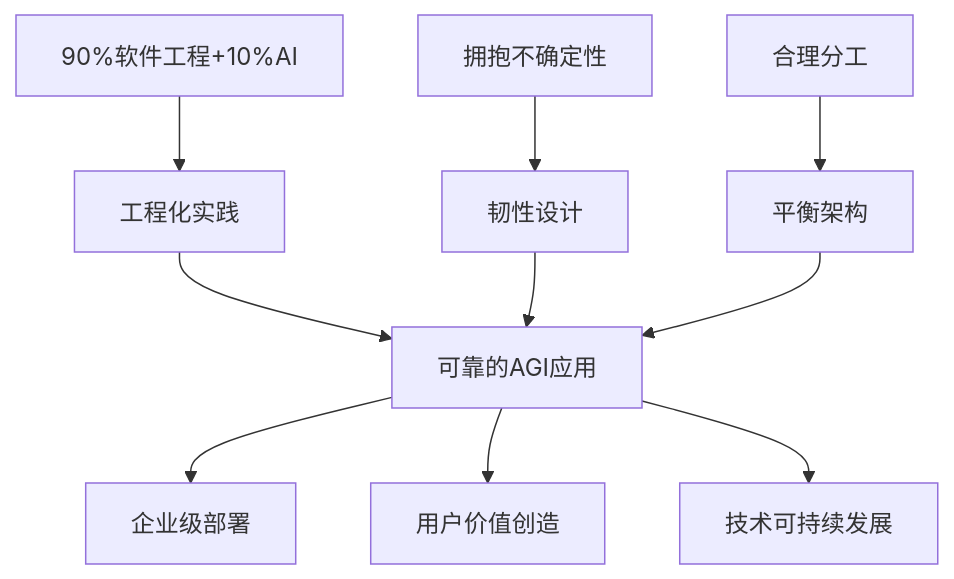
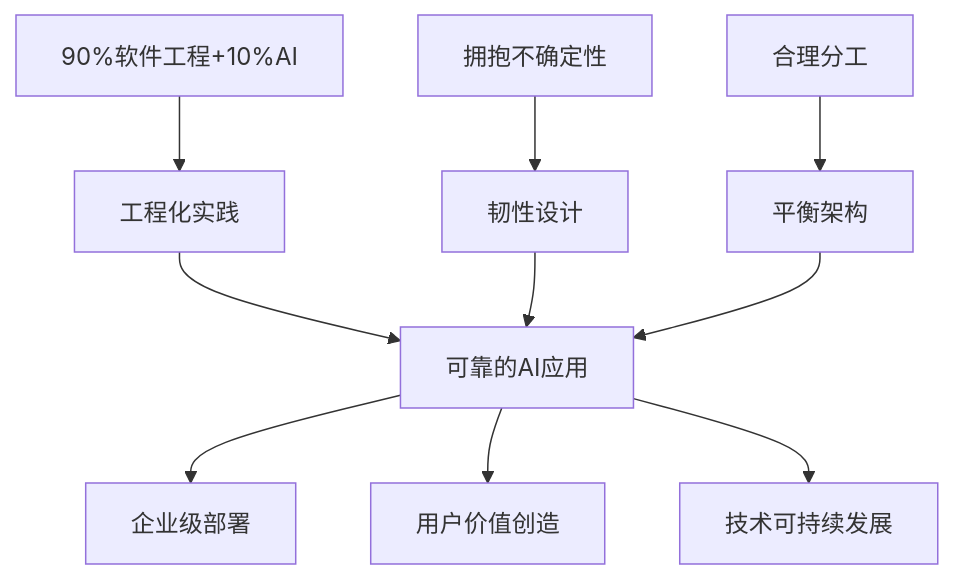
Before and after one commit to youyoude/agi-app-dev-guide-book: the sixth of 6 diagrams in 第零部分_核心概念预览/0.3_核心开发理念.md, drawn with Mermaid. The commit also changed other lines of this file and 42 other files, not shown here.

````diff
--- a/第零部分_核心概念预览/0.3_核心开发理念.md
+++ b/第零部分_核心概念预览/0.3_核心开发理念.md
@@ -223,14 +223,14 @@
 ```mermaid
 graph TB
     A[90%软件工程+10%AI] --> D[工程化实践]
     B[拥抱不确定性] --> E[韧性设计]
     C[合理分工] --> F[平衡架构]
     
-    D --> G[可靠的AGI应用]
+    D --> G[可靠的AI应用]
     E --> G
     F --> G
     
     G --> H[企业级部署]
     G --> I[用户价值创造]
     G --> J[技术可持续发展]
 ```
````
